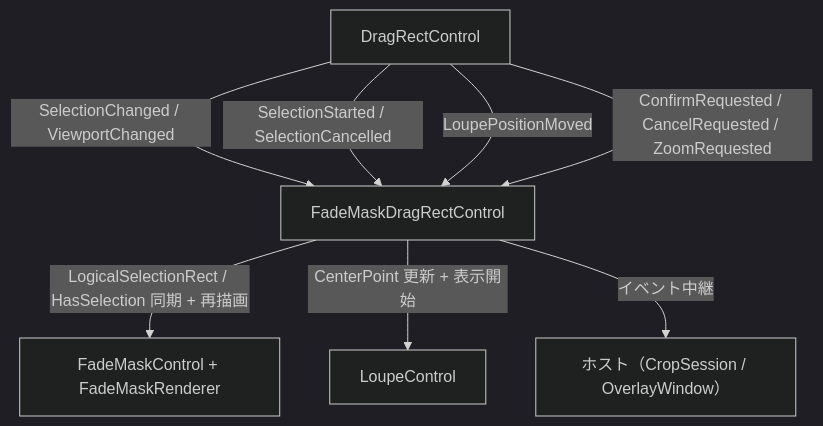
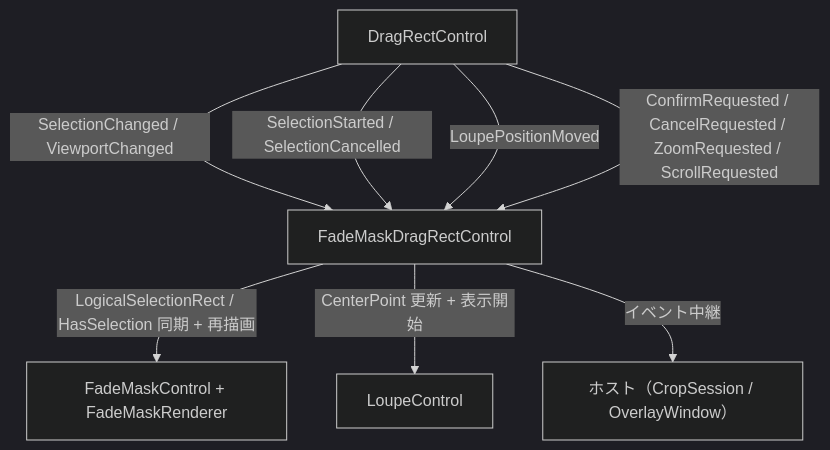
The diagram in src/FadeMaskDragRectControl.AvaloniaUI/SPEC_ExtFunc.md (tomokuni/SaveEvidence), drawn with Mermaid (dark theme) before and after one commit. The commit also changed other lines of this file and 50 other files, not shown here.

````diff
--- a/src/FadeMaskDragRectControl.AvaloniaUI/SPEC_ExtFunc.md
+++ b/src/FadeMaskDragRectControl.AvaloniaUI/SPEC_ExtFunc.md
@@ -254,10 +255,10 @@
 ```mermaid
 graph TD
     DR["DragRectControl"] -->|"SelectionChanged / ViewportChanged"| SC["FadeMaskDragRectControl"]
     DR -->|"SelectionStarted / SelectionCancelled"| SC
     DR -->|"LoupePositionMoved"| SC
-    DR -->|"ConfirmRequested / CancelRequested / ZoomRequested"| SC
+    DR -->|"ConfirmRequested / CancelRequested / ZoomRequested / ScrollRequested"| SC
     SC -->|"LogicalSelectionRect / HasSelection 同期 + 再描画"| FM["FadeMaskControl + FadeMaskRenderer"]
     SC -->|"CenterPoint 更新 + 表示開始"| LC["LoupeControl"]
     SC -->|"イベント中継"| HOST["ホスト（CropSession / OverlayWindow）"]
 ```
````
